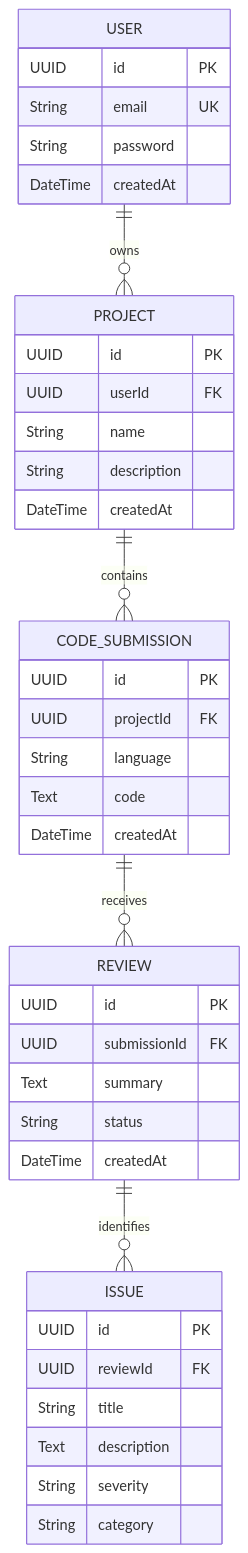
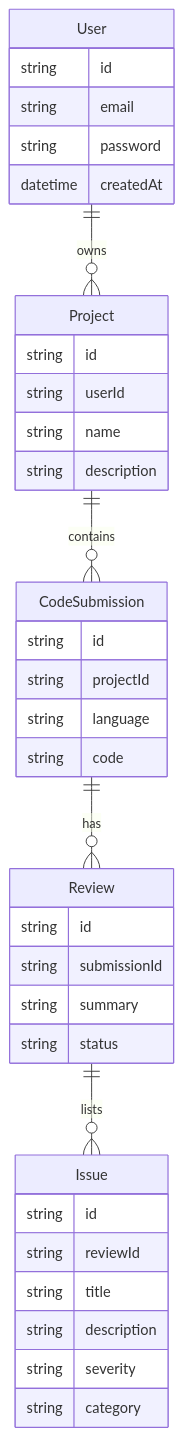
The third of 3 diagrams in README.md (sandhir-ishita/code-review-ai), drawn with Mermaid before and after one commit. The commit also changed other lines of this file, not shown here.

````diff
--- a/README.md
+++ b/README.md
@@ -193,47 +107,40 @@
 ```mermaid
 erDiagram
-    USER ||--o{ PROJECT : owns
-    PROJECT ||--o{ CODE_SUBMISSION : contains
-    CODE_SUBMISSION ||--o{ REVIEW : receives
-    REVIEW ||--o{ ISSUE : identifies
+    User ||--o{ Project : owns
+    Project ||--o{ CodeSubmission : contains
+    CodeSubmission ||--o{ Review : has
+    Review ||--o{ Issue : lists
 
-    USER {
-        UUID id PK
-        String email UK
-        String password
-        DateTime createdAt
+    User {
+        string id
+        string email
+        string password
+        datetime createdAt
     }
-
-    PROJECT {
-        UUID id PK
-        UUID userId FK
-        String name
-        String description
-        DateTime createdAt
+    Project {
+        string id
+        string userId
+        string name
+        string description
     }
-
-    CODE_SUBMISSION {
-        UUID id PK
-        UUID projectId FK
-        String language
-        Text code
-        DateTime createdAt
+    CodeSubmission {
+        string id
+        string projectId
+        string language
+        string code
     }
-
-    REVIEW {
-        UUID id PK
-        UUID submissionId FK
-        Text summary
-        String status
-        DateTime createdAt
+    Review {
+        string id
+        string submissionId
+        string summary
+        string status
     }
-
-    ISSUE {
-        UUID id PK
-        UUID reviewId FK
-        String title
-        Text description
-        String severity
-        String category
+    Issue {
+        string id
+        string reviewId
+        string title
+        string description
+        string severity
+        string category
     }
 ```
````
